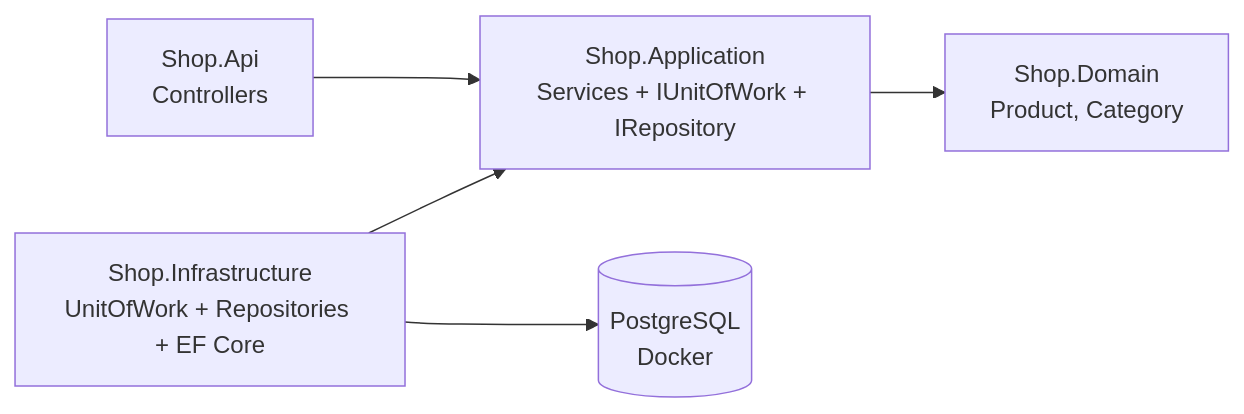
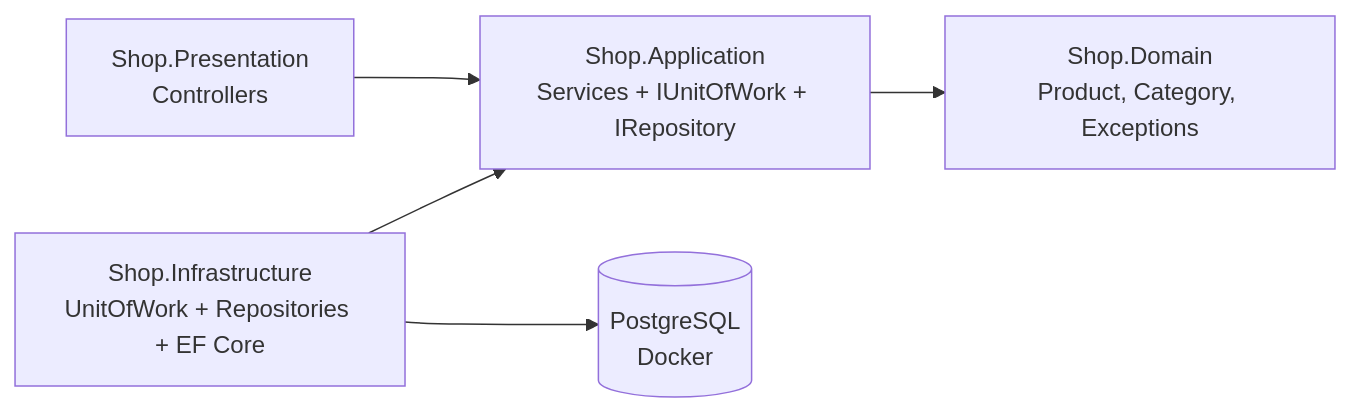
The diagram in README.md (wesamkhateeb98-creator/clean-architecture-uow-repository), drawn with Mermaid before and after one commit. The commit also changed other lines of this file and 73 other files, not shown here.

Commit message:
refactor: align Shop.Demo with clean-architecture template (Abstracts, IEntity, CompleteAsync/Transaction, Presentation layer)

````diff
--- a/README.md
+++ b/README.md
@@ -5,7 +5,7 @@
 ```mermaid
 flowchart LR
-    Api["Shop.Api<br/>Controllers"] --> App["Shop.Application<br/>Services + IUnitOfWork + IRepository"]
+    Pres["Shop.Presentation<br/>Controllers"] --> App["Shop.Application<br/>Services + IUnitOfWork + IRepository"]
     Infra["Shop.Infrastructure<br/>UnitOfWork + Repositories + EF Core"] --> App
-    App --> Dom["Shop.Domain<br/>Product, Category"]
+    App --> Dom["Shop.Domain<br/>Product, Category, Exceptions"]
     Infra --> DB[(PostgreSQL<br/>Docker)]
 ```
````
